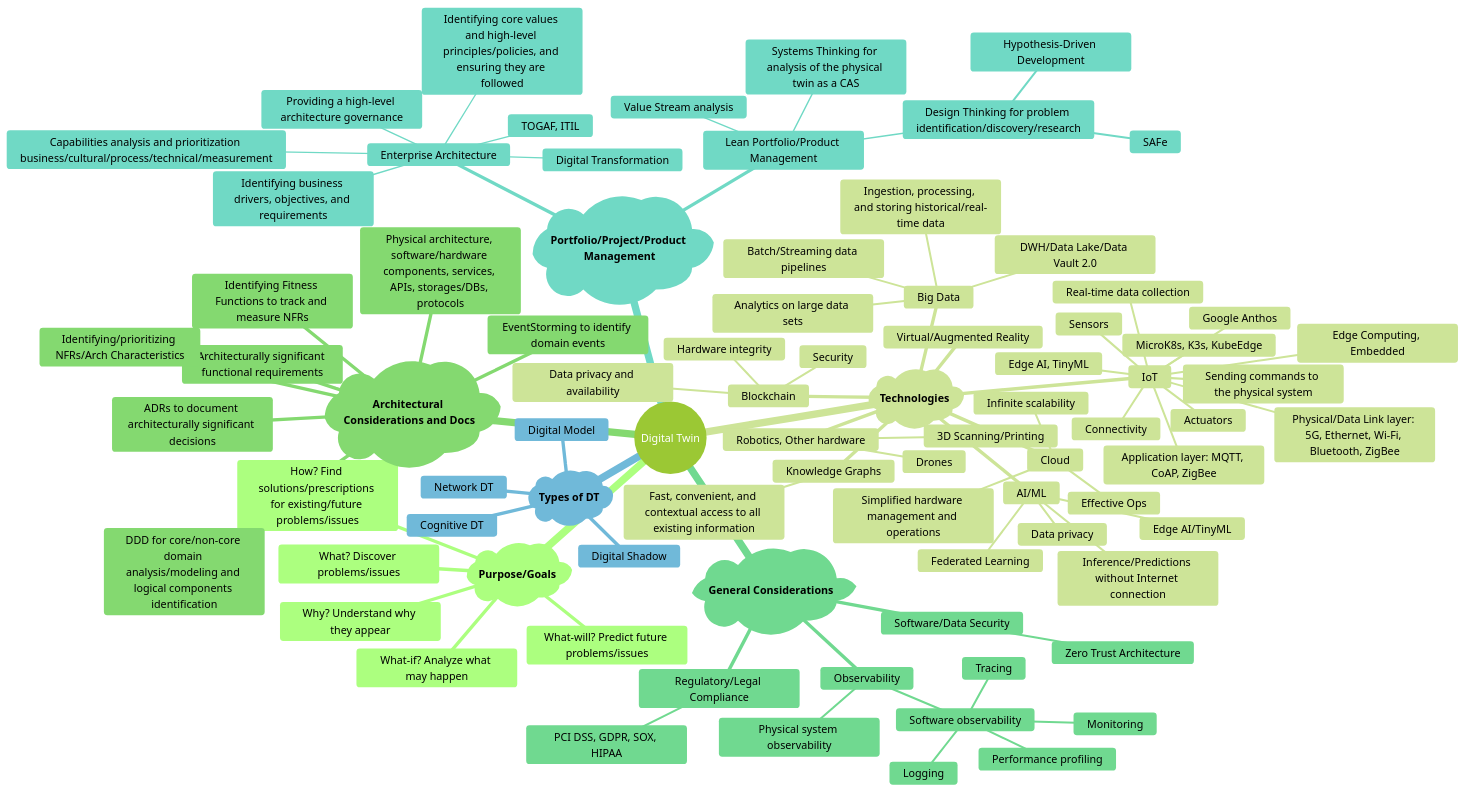
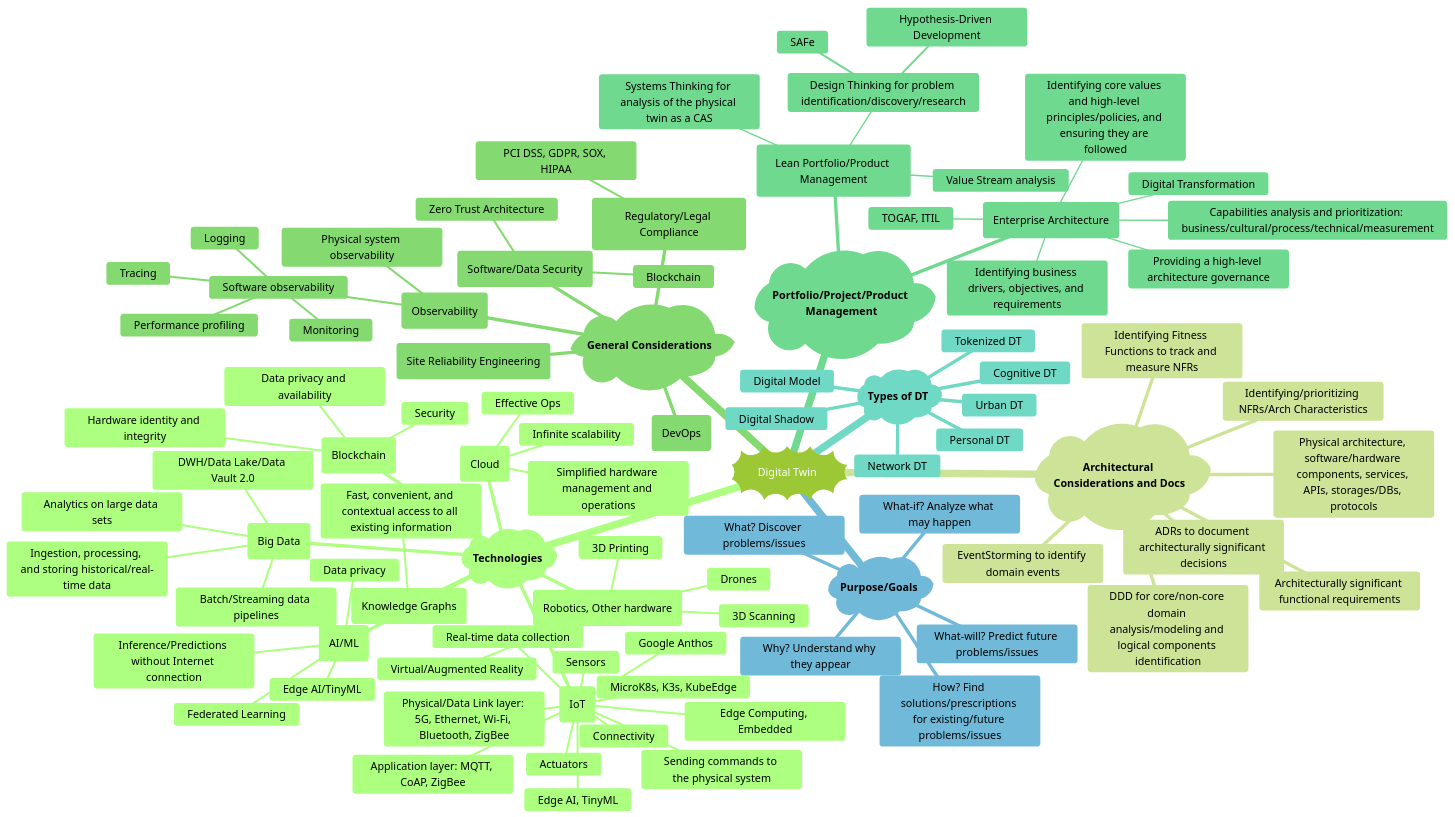
One commit to stolser/general-research changed the diagram in Digital Twins/Digital twin mind map.md. Above: the diagram before and after it, drawn with Mermaid. The commit also changed other lines of this file, not shown here.

Commit message:
Update DT mindmap structure

````diff
--- a/Digital Twins/Digital twin mind map.md
+++ b/Digital Twins/Digital twin mind map.md
@@ -8,15 +10,9 @@
 }%%
 
 mindmap
-  root((Digital Twin))
-    id)"`**Purpose/Goals**`"(
-        What? Discover problems/issues
-        Why? Understand why they appear
-        What-if? Analyze what may happen
-        What-will? Predict future problems/issues
-        How? Find solutions/prescriptions for existing/future problems/issues
+  root))Digital Twin((
     id)"`**Technologies**`"(
-        IoT
+        (IoT)
             Sensors
             Real-time data collection
             Actuators
@@ -28,29 +24,30 @@
             Connectivity
             Physical/Data Link layer: 5G, Ethernet, Wi-Fi, Bluetooth, ZigBee
             Application layer: MQTT, CoAP, ZigBee
-        Robotics, Other hardware
+        (Robotics, Other hardware)
             Drones
-            3D Scanning/Printing
-        Virtual/Augmented Reality
-        AI/ML
+            3D Scanning
+            3D Printing
+            Virtual/Augmented Reality
+        (AI/ML)
             Edge AI/TinyML
             Inference/Predictions without Internet connection
             Federated Learning
             Data privacy
-        Blockchain
+        (Blockchain)
             Security
             Data privacy and availability
-            Hardware integrity
-        Big Data
+            Hardware identity and integrity
+        (Big Data)
             Batch/Streaming data pipelines
             Ingestion, processing, and storing historical/real-time data
             Analytics on large data sets
             DWH/Data Lake/Data Vault 2.0
-        Cloud
+        (Cloud)
             Infinite scalability
             Effective Ops
             Simplified hardware management and operations
-        Knowledge Graphs
+        (Knowledge Graphs)
             Fast, convenient, and contextual access to all existing information
     id)"`**Architectural Considerations and Docs**`"(
         Architecturally significant functional requirements
@@ -61,26 +58,29 @@
         Physical architecture, software/hardware components, services, APIs, storages/DBs, protocols
         ADRs to document architecturally significant decisions
     id)"`**General Considerations**`"(
-        Observability
+        (DevOps)
+        (Site Reliability Engineering)
+        (Observability)
             Software observability
                 Logging
                 Monitoring
                 Tracing
                 Performance profiling
             Physical system observability
-        Software/Data Security
+        (Software/Data Security)
+            Blockchain
             Zero Trust Architecture
-        Regulatory/Legal Compliance
+        (Regulatory/Legal Compliance)
             PCI DSS, GDPR, SOX, HIPAA
     id)"`**Portfolio/Project/Product Management**`"(
-	    Enterprise Architecture
+	    (Enterprise Architecture)
             Digital Transformation
             TOGAF, ITIL
             Identifying business drivers, objectives, and requirements
             Identifying core values and high-level principles/policies, and ensuring they are followed
             Providing a high-level architecture governance
-            Capabilities analysis and prioritization business/cultural/process/technical/measurement
-	    Lean Portfolio/Product Management
+            Capabilities analysis and prioritization: business/cultural/process/technical/measurement
+	    (Lean Portfolio/Product Management)
             Value Stream analysis
             Systems Thinking for analysis of the physical twin as a CAS
 	        Design Thinking for problem identification/discovery/research
@@ -91,4 +91,13 @@
         Digital Shadow
         Network DT
         Cognitive DT
+        Tokenized DT
+        Personal DT
+        Urban DT
+    id)"`**Purpose/Goals**`"(
+        What? Discover problems/issues
+        Why? Understand why they appear
+        What-if? Analyze what may happen
+        What-will? Predict future problems/issues
+        How? Find solutions/prescriptions for existing/future problems/issues
 ```
````
